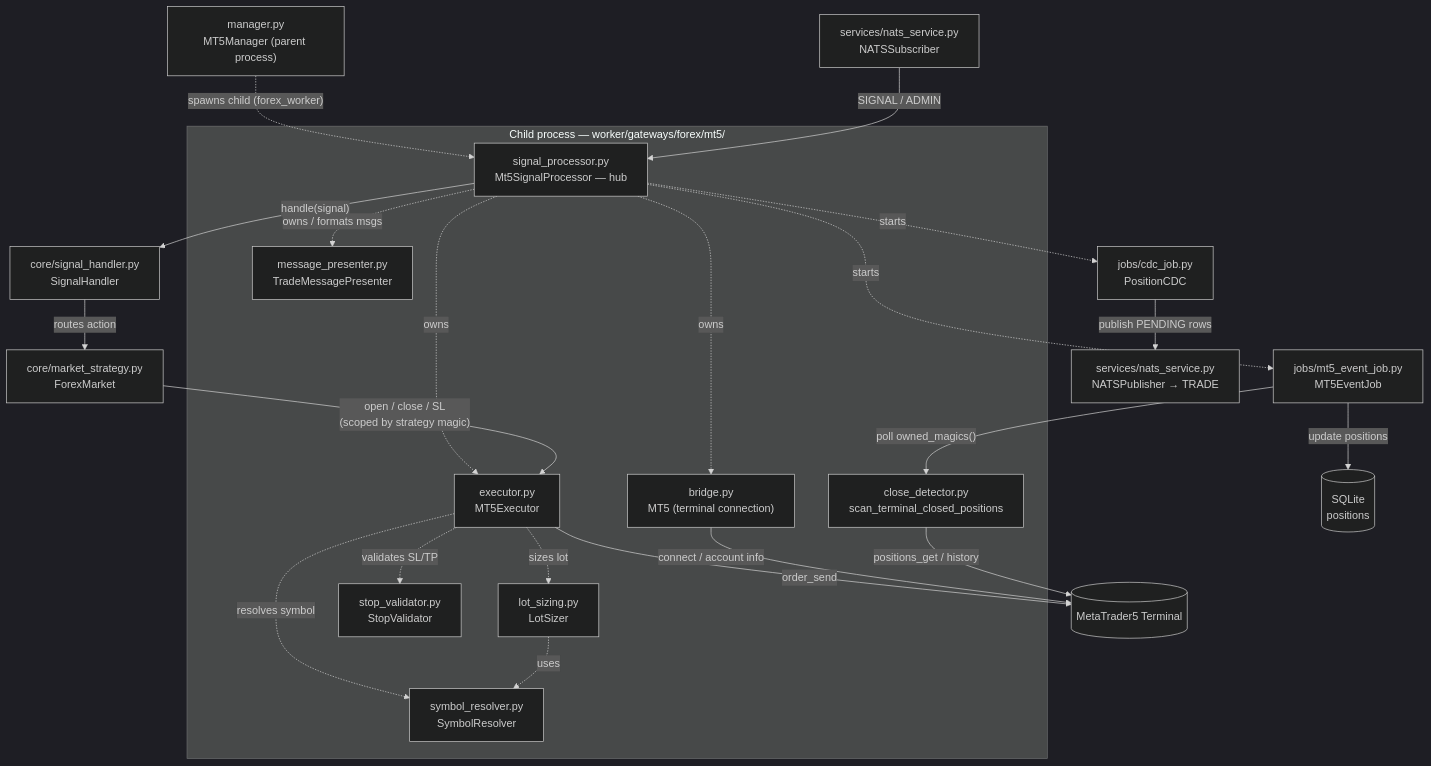
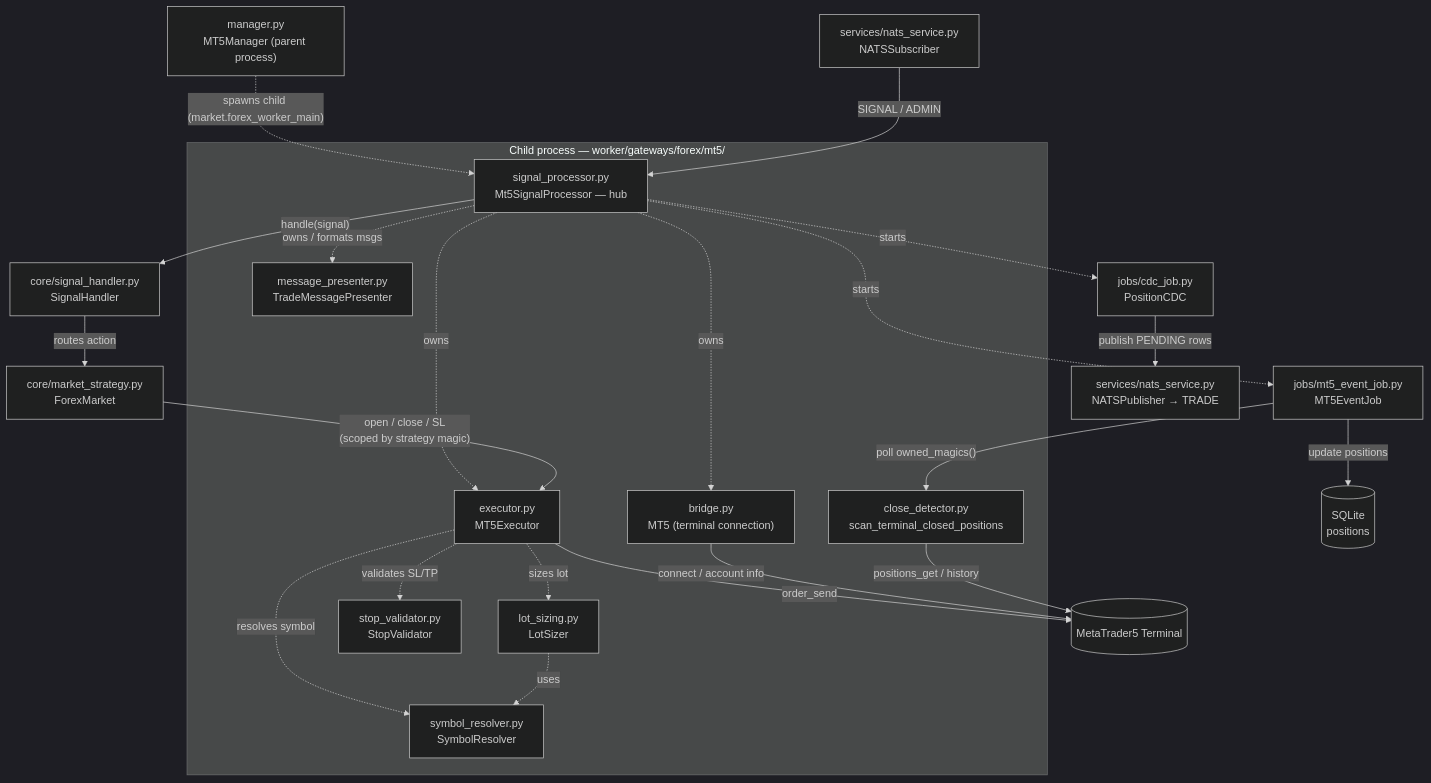
One commit to rockingrow/algo-trading-worker changed the second of 2 diagrams in README.md. Above: the diagram before and after it, drawn with Mermaid (dark theme). The commit also changed other lines of this file and 33 other files, not shown here.

````diff
--- a/README.md
+++ b/README.md
@@ -213,42 +213,42 @@
 ```mermaid
 graph TD
     Manager["manager.py<br/>MT5Manager (parent process)"]
 
     subgraph Child["Child process — worker/gateways/forex/mt5/"]
         SP["signal_processor.py<br/>Mt5SignalProcessor — hub"]
         Bridge["bridge.py<br/>MT5 (terminal connection)"]
         Presenter["message_presenter.py<br/>TradeMessagePresenter"]
         Executor["executor.py<br/>MT5Executor"]
         Resolver["symbol_resolver.py<br/>SymbolResolver"]
         LotSizer["lot_sizing.py<br/>LotSizer"]
         StopVal["stop_validator.py<br/>StopValidator"]
         CloseDet["close_detector.py<br/>scan_terminal_closed_positions"]
     end
 
-    Manager -. "spawns child (forex_worker)" .-> SP
+    Manager -. "spawns child (market.forex_worker_main)" .-> SP
 
     %% Composition — signal_processor builds the stack
     SP -. "owns" .-> Bridge
     SP -. "owns" .-> Executor
     SP -. "owns / formats msgs" .-> Presenter
     Executor -. "resolves symbol" .-> Resolver
     Executor -. "sizes lot" .-> LotSizer
     Executor -. "validates SL/TP" .-> StopVal
     LotSizer -. "uses" .-> Resolver
 
     %% Live signal path
     Sub["services/nats_service.py<br/>NATSSubscriber"] -- "SIGNAL / ADMIN" --> SP
     SP -- "handle(signal)" --> Handler["core/signal_handler.py<br/>SignalHandler"]
     Handler -- "routes action" --> Strategy["core/market_strategy.py<br/>ForexMarket"]
     Strategy -- "open / close / SL<br/>(scoped by strategy magic)" --> Executor
     Executor -- "order_send" --> Term[(MetaTrader5 Terminal)]
     Bridge -- "connect / account info" --> Term
 
     %% Background jobs started by the hub
     SP -. "starts" .-> EventJob["jobs/mt5_event_job.py<br/>MT5EventJob"]
     SP -. "starts" .-> CDC["jobs/cdc_job.py<br/>PositionCDC"]
     EventJob -- "poll owned_magics()" --> CloseDet
     CloseDet -- "positions_get / history" --> Term
     EventJob -- "update positions" --> DB[("SQLite<br/>positions")]
     CDC -- "publish PENDING rows" --> Pub["services/nats_service.py<br/>NATSPublisher → TRADE"]
 ```
````
